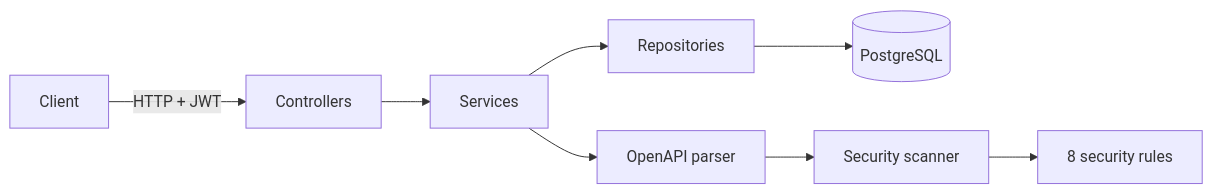
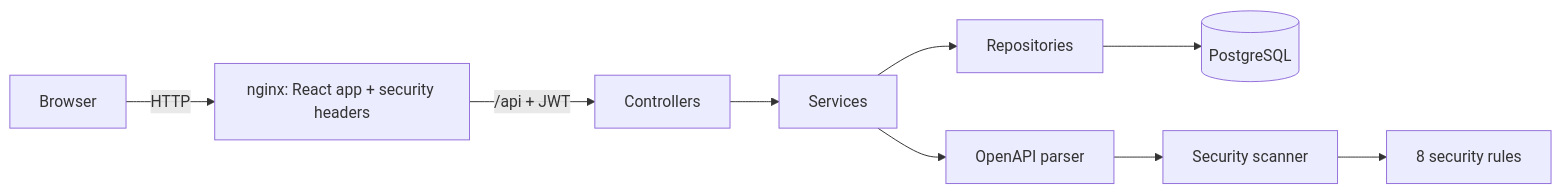
Before and after one commit to Skantzourakis/API-Sentinel: the diagram in README.md, drawn with Mermaid. The commit also changed other lines of this file, not shown here.

Commit message:
Document the frontend, nginx and CI in the README

````diff
--- a/README.md
+++ b/README.md
@@ -39,9 +41,10 @@
 ```mermaid
 flowchart LR
-    Client -->|HTTP + JWT| Controllers
+    Browser -->|HTTP| Web[nginx: React app + security headers]
+    Web -->|/api + JWT| Controllers
     Controllers --> Services
     Services --> Repositories --> DB[(PostgreSQL)]
     Services --> Parser[OpenAPI parser]
     Parser --> Scanner[Security scanner]
     Scanner --> Rules[8 security rules]
 ```
````
